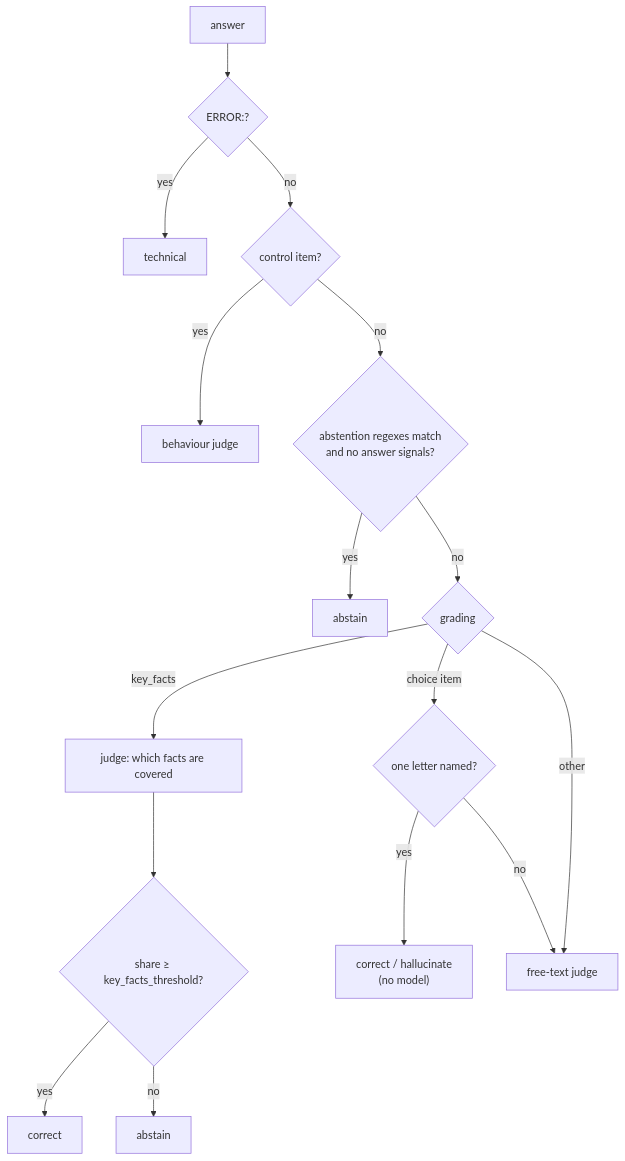
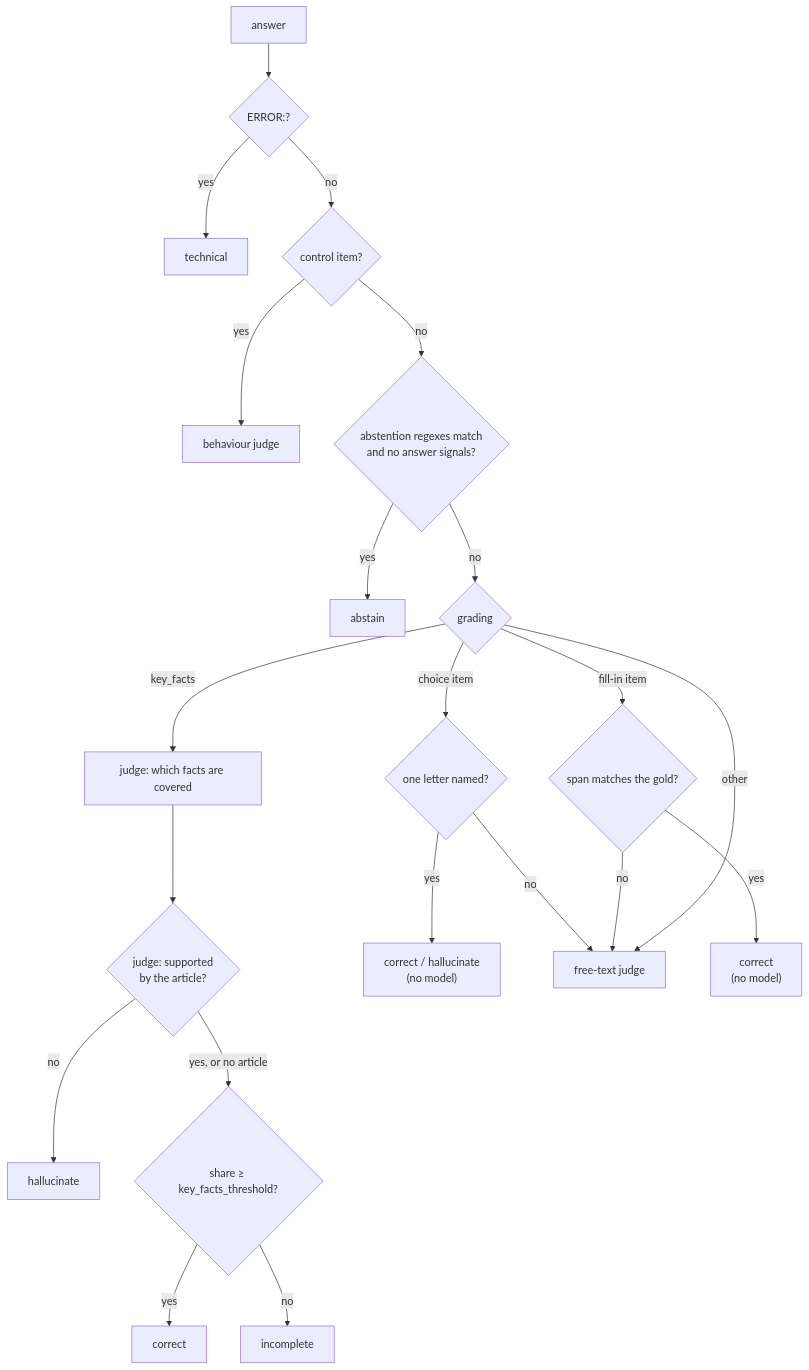
One commit to OpenMined/syft-space changed the diagram in packages/benchmark/docs/05-judging.md. Above: the diagram before and after it, drawn with Mermaid. The commit also changed other lines of this file and 77 other files, not shown here.

````diff
--- a/packages/benchmark/docs/05-judging.md
+++ b/packages/benchmark/docs/05-judging.md
@@ -48,18 +49,23 @@
 ```mermaid
 flowchart TB
     ANS["answer"] --> ERR{"ERROR:?"}
     ERR -- "yes" --> T["technical"]
     ERR -- "no" --> CTL{"control item?"}
     CTL -- "yes" --> BH["behaviour judge"]
     CTL -- "no" --> AB{"abstention regexes match<br/>and no answer signals?"}
     AB -- "yes" --> ABST["abstain"]
     AB -- "no" --> KIND{"grading"}
     KIND -- "key_facts" --> KF["judge: which facts are covered"]
-    KF --> KFT{"share ≥ key_facts_threshold?"}
+    KF --> GR{"judge: supported<br/>by the article?"}
+    GR -- "no" --> KH["hallucinate"]
+    GR -- "yes, or no article" --> KFT{"share ≥ key_facts_threshold?"}
     KFT -- "yes" --> KC["correct"]
-    KFT -- "no" --> KA["abstain"]
+    KFT -- "no" --> KA["incomplete"]
     KIND -- "choice item" --> L{"one letter named?"}
     L -- "yes" --> LC["correct / hallucinate<br/>(no model)"]
     L -- "no" --> JD
+    KIND -- "fill-in item" --> FM{"span matches the gold?"}
+    FM -- "yes" --> FC["correct<br/>(no model)"]
+    FM -- "no" --> JD
     KIND -- "other" --> JD["free-text judge"]
 ```
````
